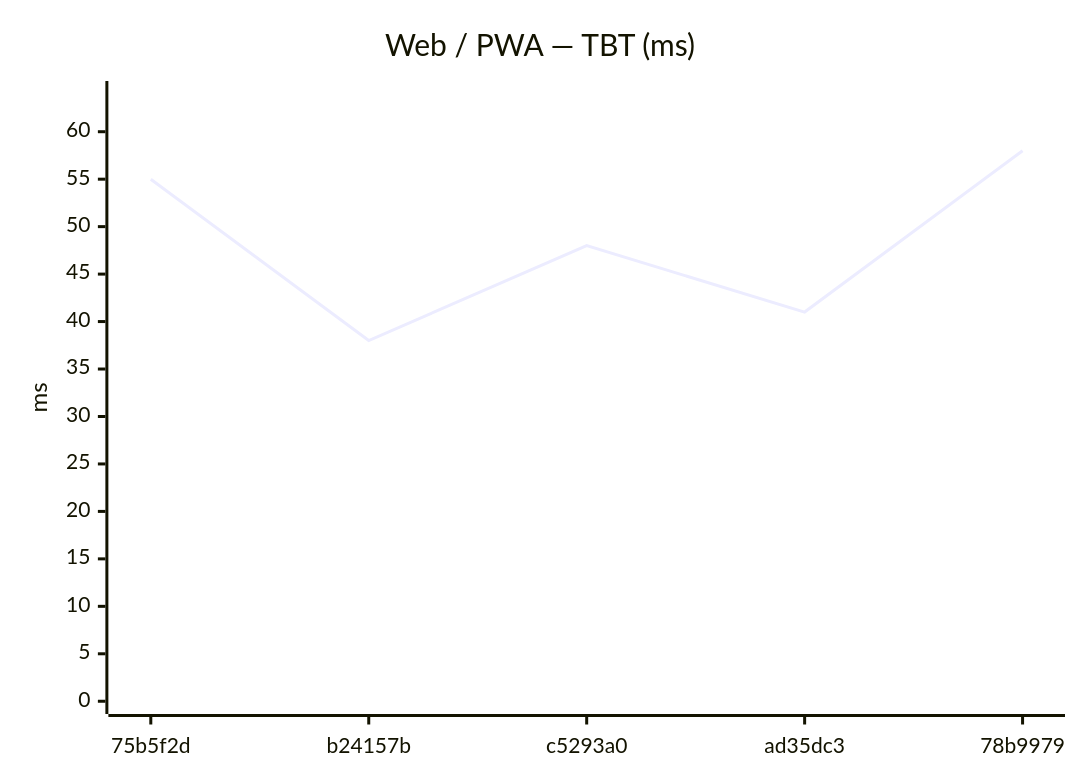
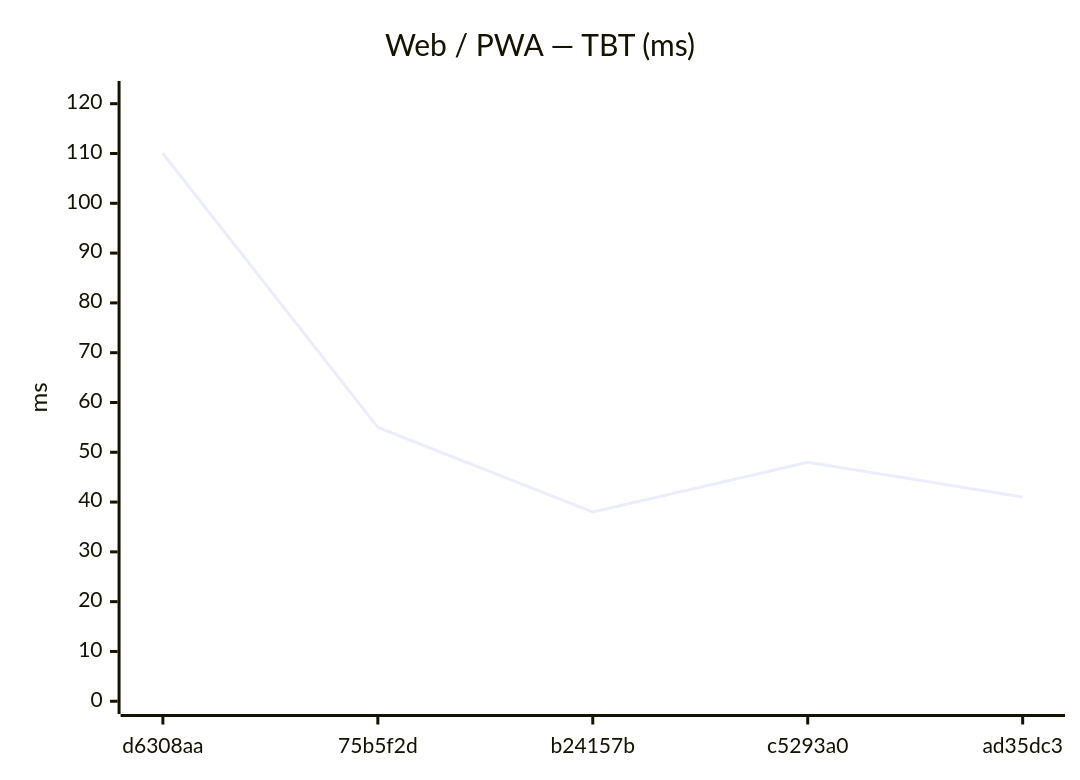
Before and after one commit to Metaheurist/Rianell: the tenth of 24 diagrams in benchmarks/compare.md, drawn with Mermaid. The commit also changed other lines of this file and 14 other files, not shown here.

````diff
--- a/benchmarks/compare.md
+++ b/benchmarks/compare.md
@@ -151,7 +151,7 @@
 ```mermaid
 xychart-beta
     title "Web / PWA — TBT (ms)"
-    x-axis ["75b5f2d", "b24157b", "c5293a0", "ad35dc3", "78b9979"]
-    y-axis "ms" 0 --> 64
-    line [55, 38, 48, 41, 58]
+    x-axis ["d6308aa", "75b5f2d", "b24157b", "c5293a0", "ad35dc3"]
+    y-axis "ms" 0 --> 122
+    line [110, 55, 38, 48, 41]
 ```
````
